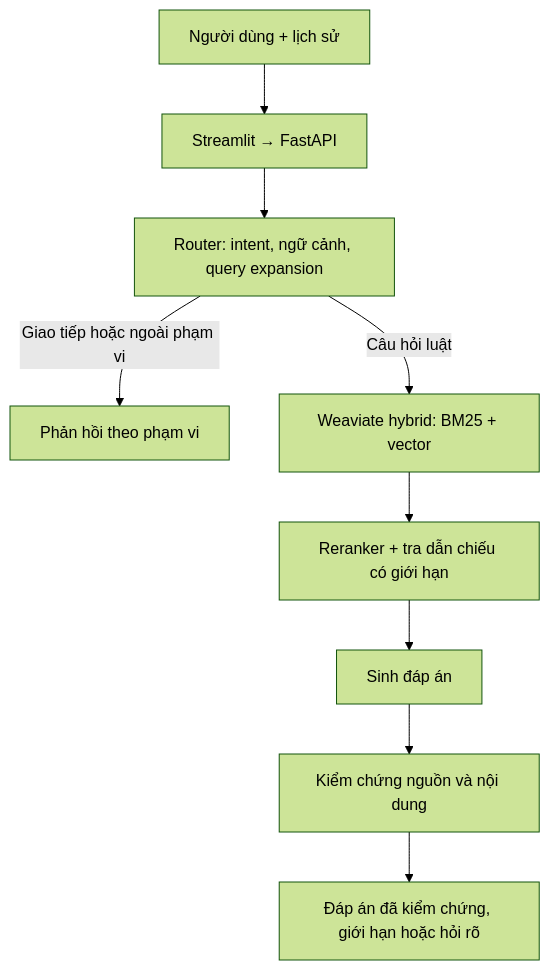
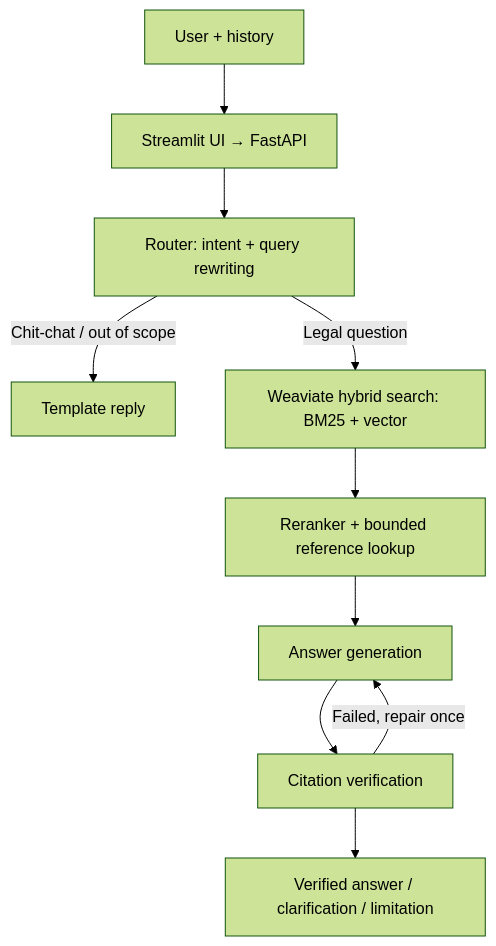
The diagram in README.md (TTung815/RoadLawQA), drawn with Mermaid (forest theme) before and after one commit. The commit also changed other lines of this file and 19 other files, not shown here.

````diff
--- a/README.md
+++ b/README.md
@@ -24,11 +31,12 @@
 ```mermaid
 flowchart TD
-    U[Người dùng + lịch sử] --> API[Streamlit → FastAPI]
-    API --> R[Router: intent, ngữ cảnh, query expansion]
-    R -->|Giao tiếp hoặc ngoài phạm vi| T[Phản hồi theo phạm vi]
-    R -->|Câu hỏi luật| H[Weaviate hybrid: BM25 + vector]
-    H --> X[Reranker + tra dẫn chiếu có giới hạn]
-    X --> G[Sinh đáp án]
-    G --> V[Kiểm chứng nguồn và nội dung]
-    V --> A[Đáp án đã kiểm chứng, giới hạn hoặc hỏi rõ]
+    U[User + history] --> API[Streamlit UI → FastAPI]
+    API --> R[Router: intent + query rewriting]
+    R -->|Chit-chat / out of scope| T[Template reply]
+    R -->|Legal question| H[Weaviate hybrid search: BM25 + vector]
+    H --> X[Reranker + bounded reference lookup]
+    X --> G[Answer generation]
+    G --> V[Citation verification]
+    V -->|Failed, repair once| G
+    V --> A[Verified answer / clarification / limitation]
 ```
````
